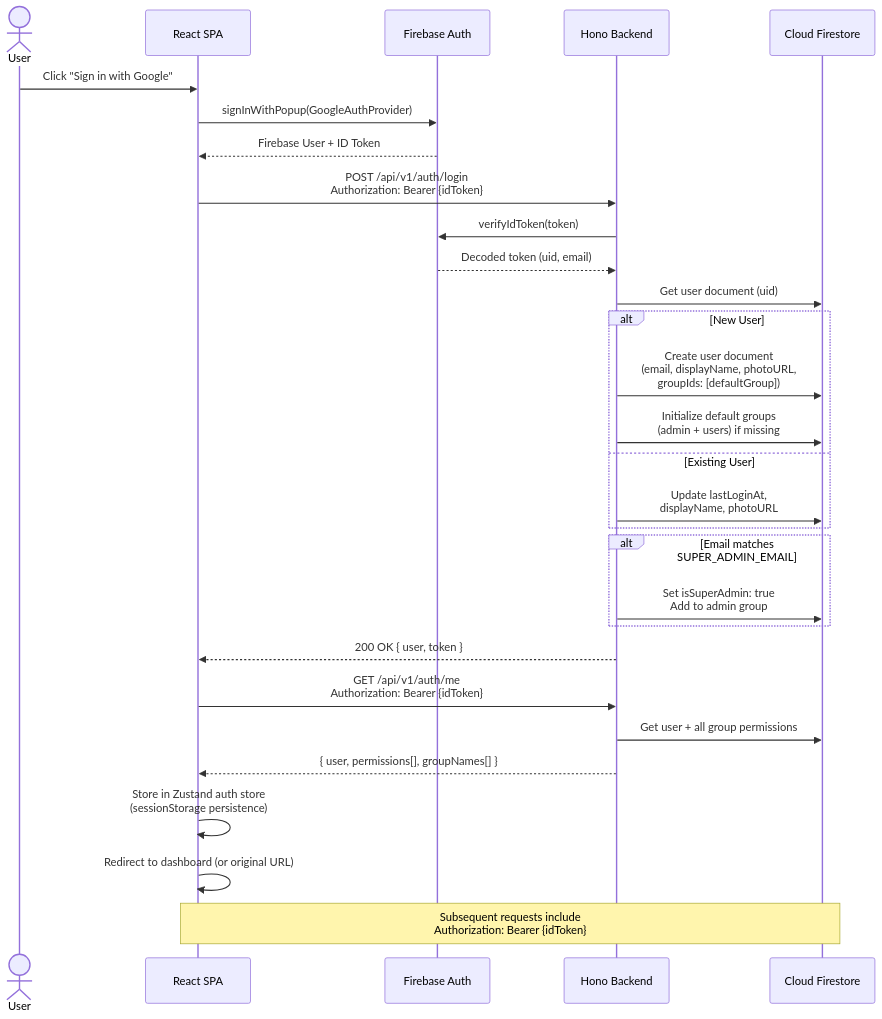
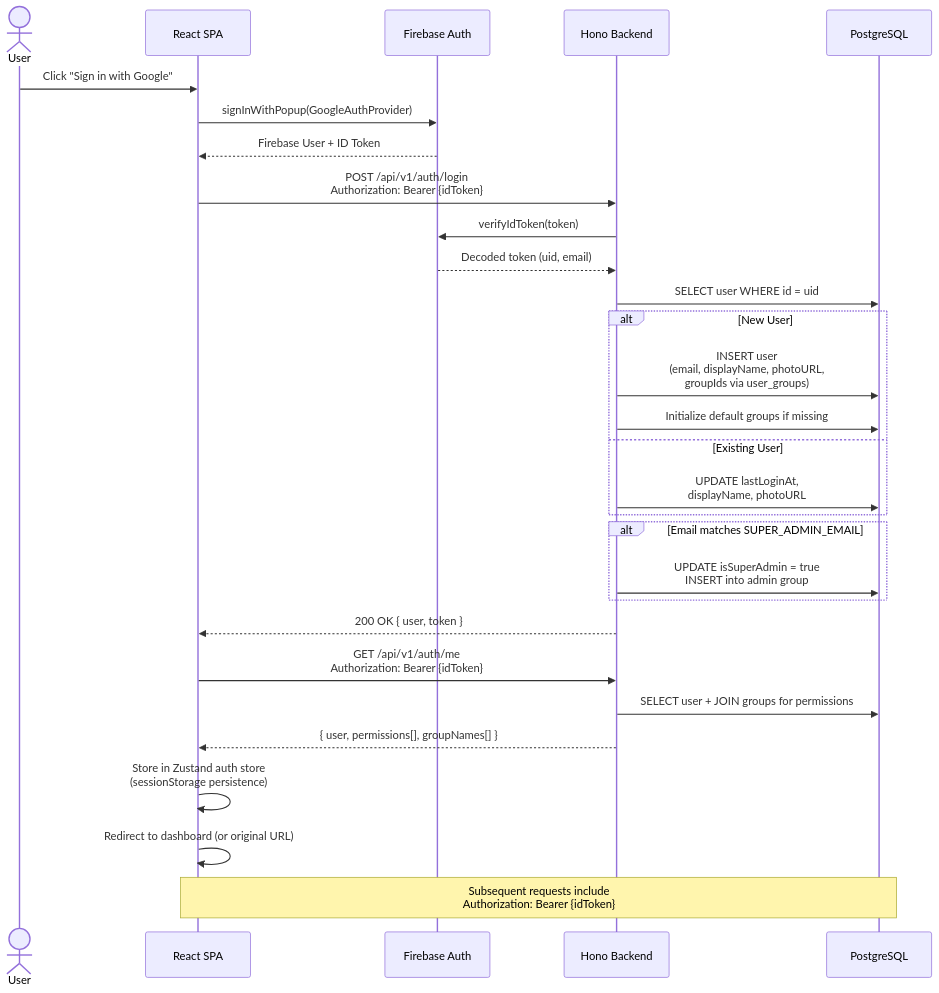
Before and after one commit to rsaiprasad/template: the second of 5 diagrams in docs/ARCHITECTURE.md, drawn with Mermaid. The commit also changed other lines of this file and 55 other files, not shown here.

First line of the commit message:
feat: Migrate backend to standalone Bun server + PostgreSQL with Drizzle ORM

````diff
--- a/docs/ARCHITECTURE.md
+++ b/docs/ARCHITECTURE.md
@@ -257,40 +149,40 @@
 ```mermaid
 sequenceDiagram
     actor User
     participant Browser as React SPA
     participant Firebase as Firebase Auth
     participant Backend as Hono Backend
-    participant Firestore as Cloud Firestore
+    participant DB as PostgreSQL
 
     User->>Browser: Click "Sign in with Google"
     Browser->>Firebase: signInWithPopup(GoogleAuthProvider)
     Firebase-->>Browser: Firebase User + ID Token
 
     Browser->>Backend: POST /api/v1/auth/login<br/>Authorization: Bearer {idToken}
     Backend->>Firebase: verifyIdToken(token)
     Firebase-->>Backend: Decoded token (uid, email)
 
-    Backend->>Firestore: Get user document (uid)
+    Backend->>DB: SELECT user WHERE id = uid
 
     alt New User
-        Backend->>Firestore: Create user document<br/>(email, displayName, photoURL,<br/>groupIds: [defaultGroup])
-        Backend->>Firestore: Initialize default groups<br/>(admin + users) if missing
+        Backend->>DB: INSERT user<br/>(email, displayName, photoURL,<br/>groupIds via user_groups)
+        Backend->>DB: Initialize default groups if missing
     else Existing User
-        Backend->>Firestore: Update lastLoginAt,<br/>displayName, photoURL
+        Backend->>DB: UPDATE lastLoginAt,<br/>displayName, photoURL
     end
 
     alt Email matches SUPER_ADMIN_EMAIL
-        Backend->>Firestore: Set isSuperAdmin: true<br/>Add to admin group
+        Backend->>DB: UPDATE isSuperAdmin = true<br/>INSERT into admin group
     end
 
     Backend-->>Browser: 200 OK { user, token }
 
     Browser->>Backend: GET /api/v1/auth/me<br/>Authorization: Bearer {idToken}
-    Backend->>Firestore: Get user + all group permissions
+    Backend->>DB: SELECT user + JOIN groups for permissions
     Backend-->>Browser: { user, permissions[], groupNames[] }
 
     Browser->>Browser: Store in Zustand auth store<br/>(sessionStorage persistence)
     Browser->>Browser: Redirect to dashboard (or original URL)
 
-    Note over Browser,Firestore: Subsequent requests include<br/>Authorization: Bearer {idToken}
+    Note over Browser,DB: Subsequent requests include<br/>Authorization: Bearer {idToken}
 ```
````
